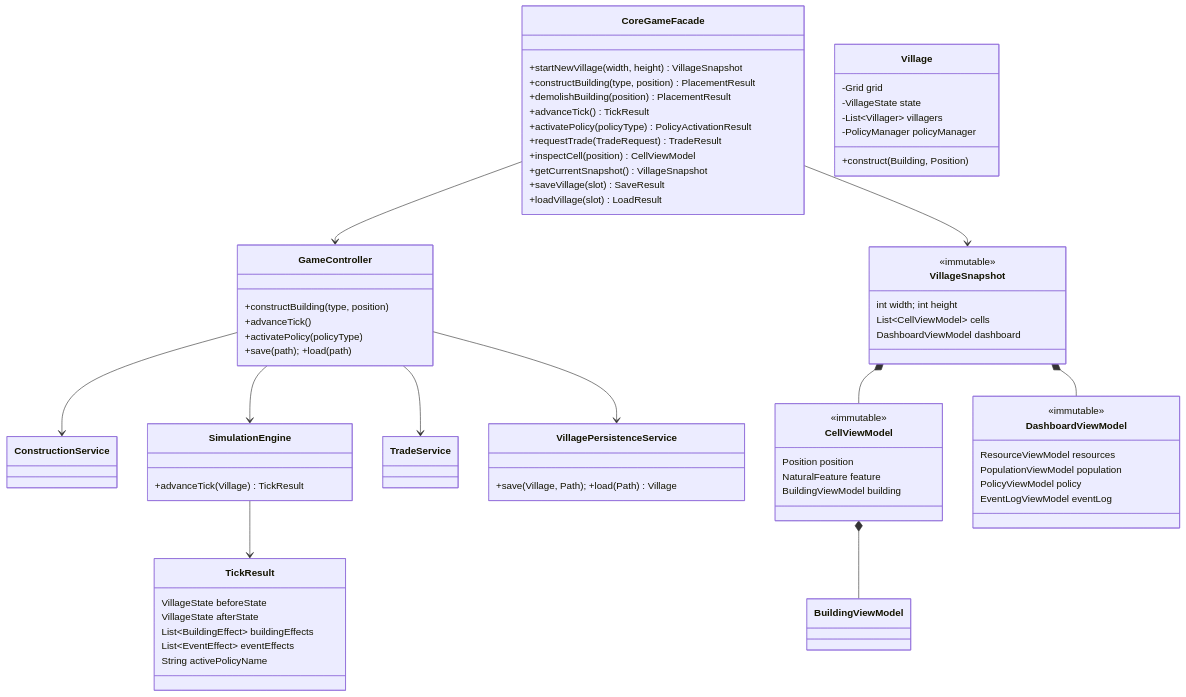
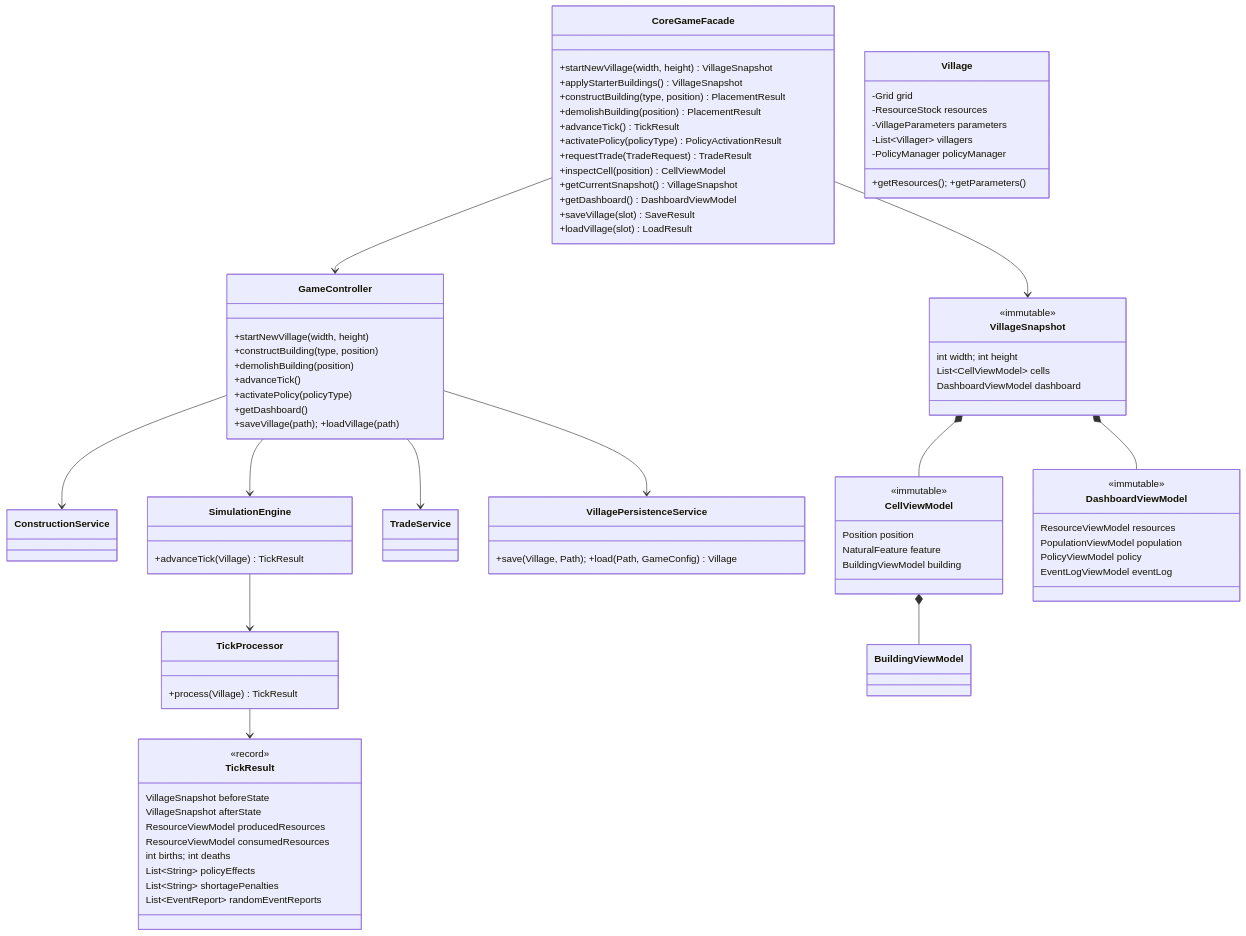
Before and after one commit to edope704/DaimyoSimulator: the seventh of 14 diagrams in docs/DesignDocument.md, drawn with Mermaid. The commit also changed other lines of this file, not shown here.

````diff
--- a/docs/DesignDocument.md
+++ b/docs/DesignDocument.md
@@ -195,67 +206,79 @@
 ```mermaid
 classDiagram
     class CoreGameFacade {
         +startNewVillage(width, height) VillageSnapshot
+        +applyStarterBuildings() VillageSnapshot
         +constructBuilding(type, position) PlacementResult
         +demolishBuilding(position) PlacementResult
         +advanceTick() TickResult
         +activatePolicy(policyType) PolicyActivationResult
         +requestTrade(TradeRequest) TradeResult
         +inspectCell(position) CellViewModel
         +getCurrentSnapshot() VillageSnapshot
+        +getDashboard() DashboardViewModel
         +saveVillage(slot) SaveResult
         +loadVillage(slot) LoadResult
     }
     class GameController {
+        +startNewVillage(width, height)
         +constructBuilding(type, position)
+        +demolishBuilding(position)
         +advanceTick()
         +activatePolicy(policyType)
-        +save(path); +load(path)
+        +getDashboard()
+        +saveVillage(path); +loadVillage(path)
     }
     class SimulationEngine { +advanceTick(Village) TickResult }
+    class TickProcessor { +process(Village) TickResult }
     class Village {
         -Grid grid
-        -VillageState state
+        -ResourceStock resources
+        -VillageParameters parameters
         -List~Villager~ villagers
         -PolicyManager policyManager
-        +construct(Building, Position)
+        +getResources(); +getParameters()
     }
     class TickResult {
-        VillageState beforeState
-        VillageState afterState
-        List~BuildingEffect~ buildingEffects
-        List~EventEffect~ eventEffects
-        String activePolicyName
+        <<record>>
+        VillageSnapshot beforeState
+        VillageSnapshot afterState
+        ResourceViewModel producedResources
+        ResourceViewModel consumedResources
+        int births; int deaths
+        List~String~ policyEffects
+        List~String~ shortagePenalties
+        List~EventReport~ randomEventReports
     }
     class VillageSnapshot {
         <<immutable>>
         int width; int height
         List~CellViewModel~ cells
         DashboardViewModel dashboard
     }
     class CellViewModel {
         <<immutable>>
         Position position
         NaturalFeature feature
         BuildingViewModel building
     }
     class DashboardViewModel {
         <<immutable>>
         ResourceViewModel resources
         PopulationViewModel population
         PolicyViewModel policy
         EventLogViewModel eventLog
     }
-    class VillagePersistenceService { +save(Village, Path); +load(Path) Village }
+    class VillagePersistenceService { +save(Village, Path); +load(Path, GameConfig) Village }
 
     CoreGameFacade --> GameController
     GameController --> ConstructionService
     GameController --> SimulationEngine
     GameController --> TradeService
     GameController --> VillagePersistenceService
+    SimulationEngine --> TickProcessor
     CoreGameFacade --> VillageSnapshot
-    SimulationEngine --> TickResult
+    TickProcessor --> TickResult
     VillageSnapshot *-- CellViewModel
     VillageSnapshot *-- DashboardViewModel
     CellViewModel *-- BuildingViewModel
 ```
````
